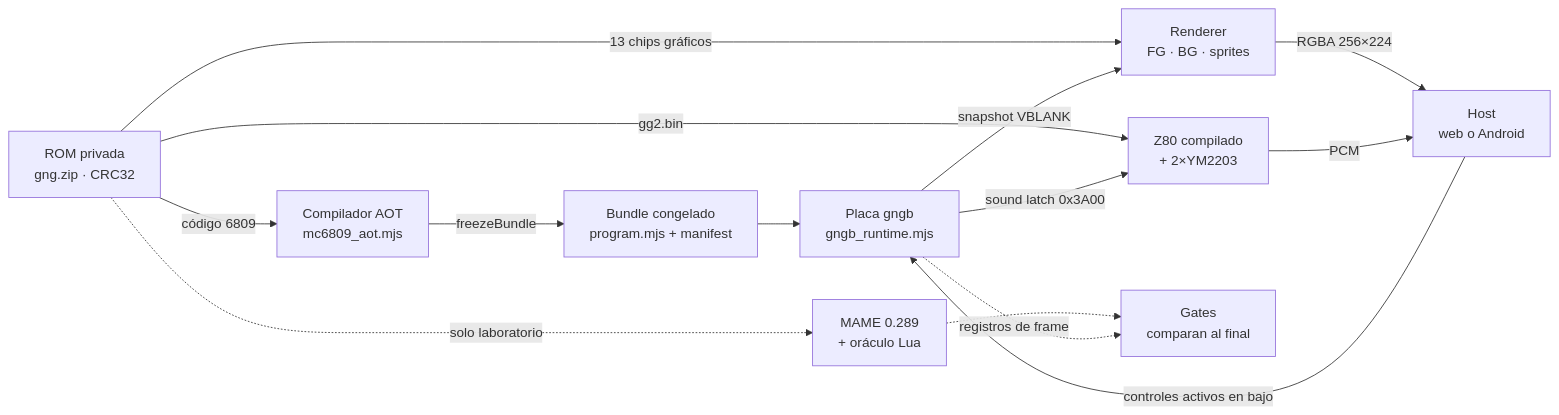
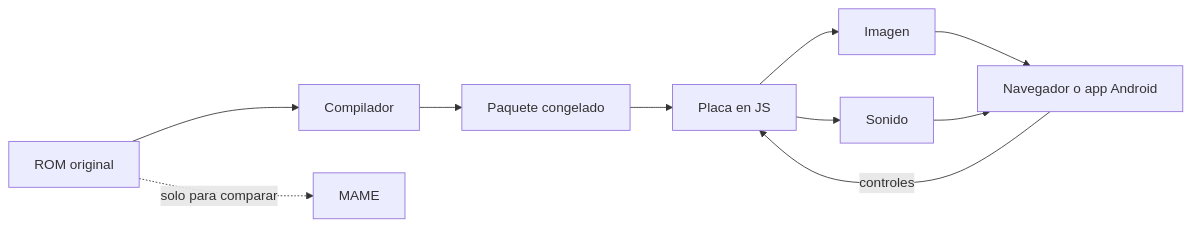
The first of 3 diagrams in README.md (krukmat/gng-ghidra), drawn with Mermaid before and after one commit. The commit also changed other lines of this file and 5 other files, not shown here.

First line of the commit message:
docs(readme): shorter README with web and Android screenshots

````diff
--- a/README.md
+++ b/README.md
@@ -35,17 +47,12 @@
 ```mermaid
 flowchart LR
-  ROM["ROM privada<br/>gng.zip · CRC32"] -->|código 6809| AOT["Compilador AOT<br/>mc6809_aot.mjs"]
-  AOT -->|freezeBundle| B["Bundle congelado<br/>program.mjs + manifest"]
-  B --> P["Placa gngb<br/>gngb_runtime.mjs"]
-  ROM -->|13 chips gráficos| R["Renderer<br/>FG · BG · sprites"]
-  P -->|snapshot VBLANK| R
-  ROM -->|gg2.bin| Z["Z80 compilado<br/>+ 2×YM2203"]
-  P -->|sound latch 0x3A00| Z
-  R -->|RGBA 256×224| H["Host<br/>web o Android"]
-  Z -->|PCM| H
-  H -->|controles activos en bajo| P
-
-  ROM -.->|solo laboratorio| M["MAME 0.289<br/>+ oráculo Lua"]
-  M -.-> G["Gates<br/>comparan al final"]
-  P -.->|registros de frame| G
+  ROM["ROM original"] --> AOT["Compilador"]
+  AOT --> B["Paquete congelado"]
+  B --> P["Placa en JS"]
+  P --> R["Imagen"]
+  P --> Z["Sonido"]
+  R --> H["Navegador o app Android"]
+  Z --> H
+  H -->|controles| P
+  ROM -.->|solo para comparar| M["MAME"]
 ```
````
